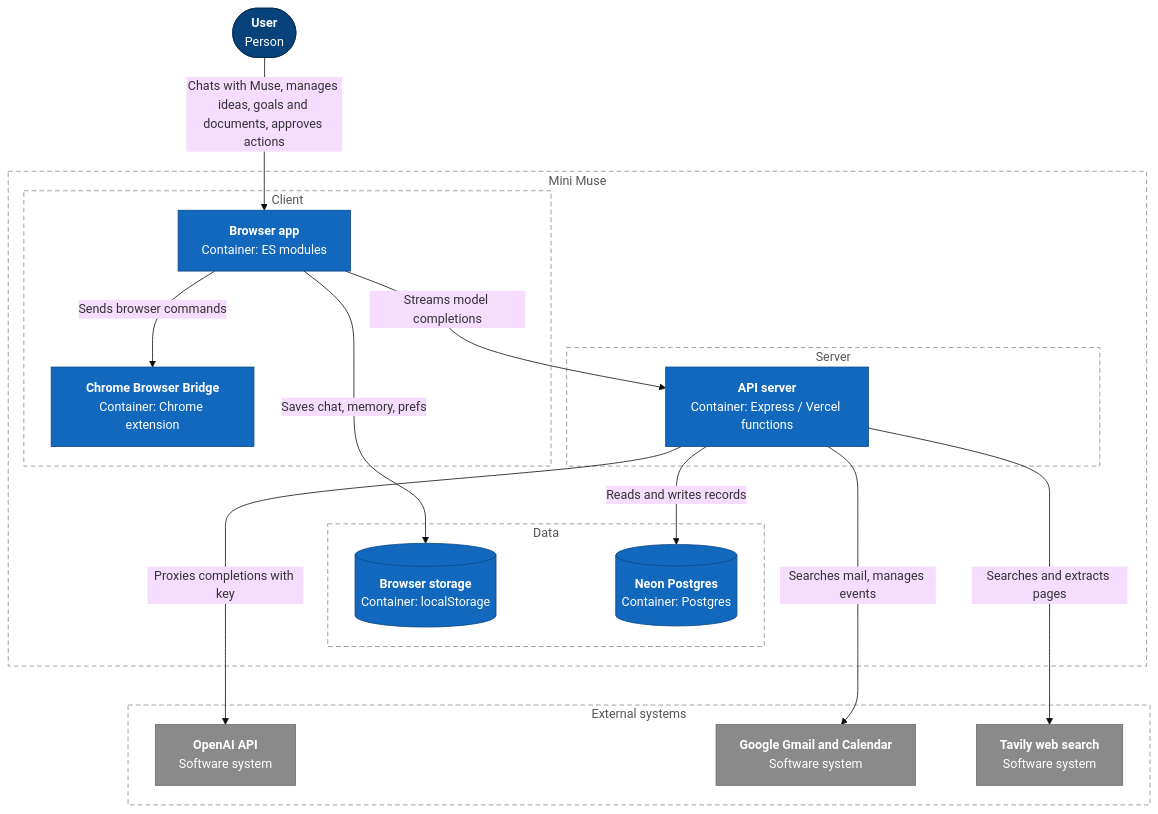
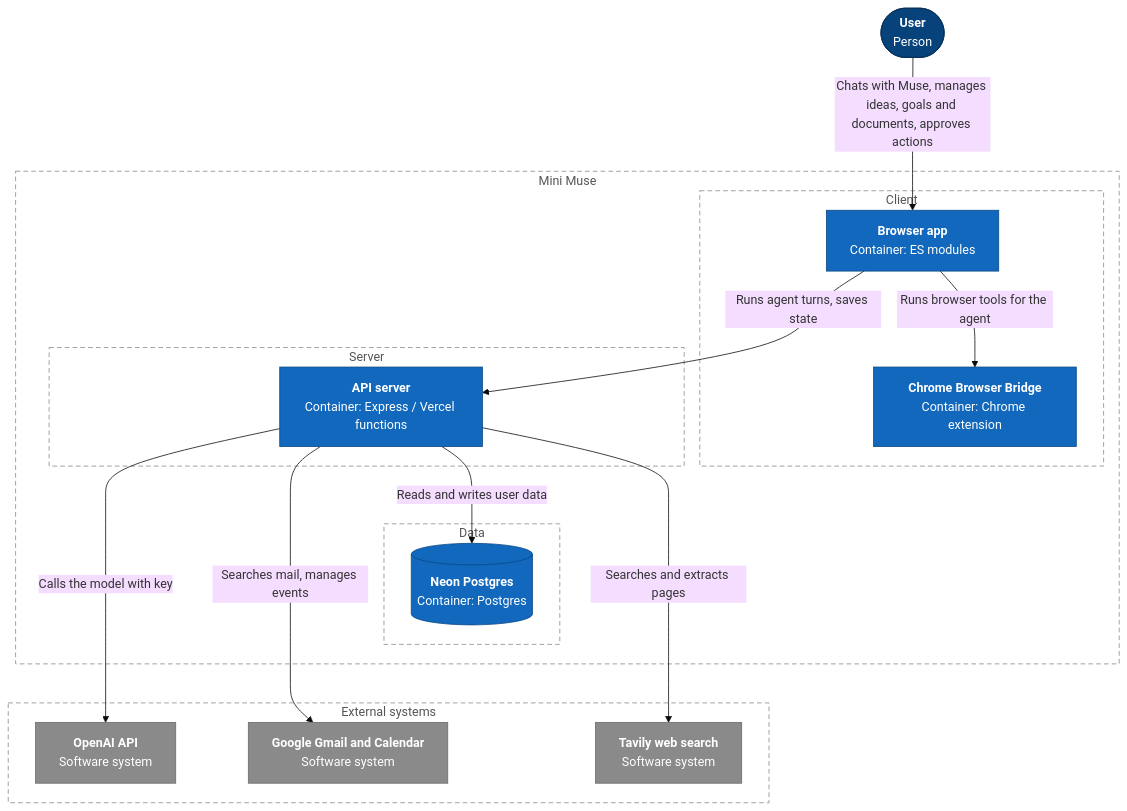
One commit to lngsa1234/mini-muse-mvp changed the diagram in docs/architecture/c4-containers.md. Above: the diagram before and after it, drawn with Mermaid (base theme). The commit also changed other lines of this file and 4 other files, not shown here.

First line of the commit message:
Architecture docs for the server-side agent

````diff
--- a/docs/architecture/c4-containers.md
+++ b/docs/architecture/c4-containers.md
@@ -17,42 +15,40 @@
 ```mermaid
 flowchart TB
   p_user(["<b>User</b><br/>Person"])
   subgraph system["Mini Muse"]
     subgraph client["Client"]
       browser_app["<b>Browser app</b><br/>Container: ES modules"]
       chrome_extension["<b>Chrome Browser Bridge</b><br/>Container: Chrome extension"]
     end
     subgraph server["Server"]
       api_server["<b>API server</b><br/>Container: Express / Vercel functions"]
     end
     subgraph data["Data"]
-      local_storage[("<b>Browser storage</b><br/>Container: localStorage")]
       neon_postgres[("<b>Neon Postgres</b><br/>Container: Postgres")]
     end
   end
   subgraph external["External systems"]
     openai["<b>OpenAI API</b><br/>Software system"]
     google_apis["<b>Google Gmail and Calendar</b><br/>Software system"]
     tavily["<b>Tavily web search</b><br/>Software system"]
   end
   p_user -->|"Chats with Muse, manages ideas, goals and documents, approves actions"| browser_app
-  browser_app -->|"Streams model completions"| api_server
-  api_server -->|"Proxies completions with key"| openai
-  api_server -->|"Reads and writes records"| neon_postgres
-  browser_app -->|"Saves chat, memory, prefs"| local_storage
+  browser_app -->|"Runs agent turns, saves state"| api_server
+  api_server -->|"Calls the model with key"| openai
+  api_server -->|"Reads and writes user data"| neon_postgres
   api_server -->|"Searches mail, manages events"| google_apis
   api_server -->|"Searches and extracts pages"| tavily
-  browser_app -->|"Sends browser commands"| chrome_extension
-  local_storage ~~~ google_apis
-  click browser_app "c4-components-browser-app.md" "Browser app: its components"
+  browser_app -->|"Runs browser tools for the agent"| chrome_extension
+  neon_postgres ~~~ google_apis
   classDef person fill:#08427b,stroke:#052e56,color:#ffffff
   classDef container fill:#1168bd,stroke:#0b4884,color:#ffffff
   classDef component fill:#85bbf0,stroke:#5d82a8,color:#0b2545
   classDef agent fill:#c2185b,stroke:#880e4f,color:#ffffff
   classDef external fill:#8a8a8a,stroke:#6b6b6b,color:#ffffff
   classDef boundary fill:none,stroke:#888888,stroke-dasharray:6 4,color:#555555
+  click api_server "c4-components-api-server.md" "API server: its components"
   class p_user person
-  class browser_app,chrome_extension,api_server,local_storage,neon_postgres container
+  class browser_app,chrome_extension,api_server,neon_postgres container
   class openai,google_apis,tavily external
   class system,client,server,data,external boundary
 ```
````
